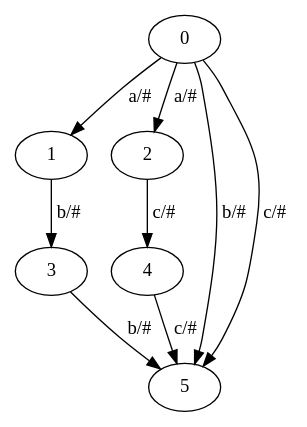
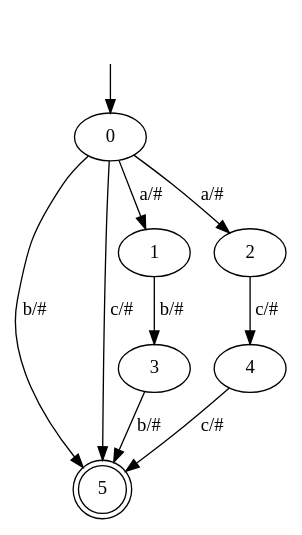
Before and after one commit to acoussea/AnalyseurLexical: the diagram in NDSL01.descr.dot, drawn with Graphviz. The commit also changed 10 other files, not shown here.

```diff
--- a/NDSL01.descr.dot
+++ b/NDSL01.descr.dot
@@ -1,10 +1,13 @@
 digraph G {
+	5[shape=doublecircle]
+	"" [shape=none]
+	"" ->0
 	0 -> 1[label="a/#"];
 	0 -> 2[label="a/#"];
 	0 -> 5[label="b/#"];
 	0 -> 5[label="c/#"];
 	1 -> 3[label="b/#"];
 	2 -> 4[label="c/#"];
 	3 -> 5[label="b/#"];
 	4 -> 5[label="c/#"];
 }
```
